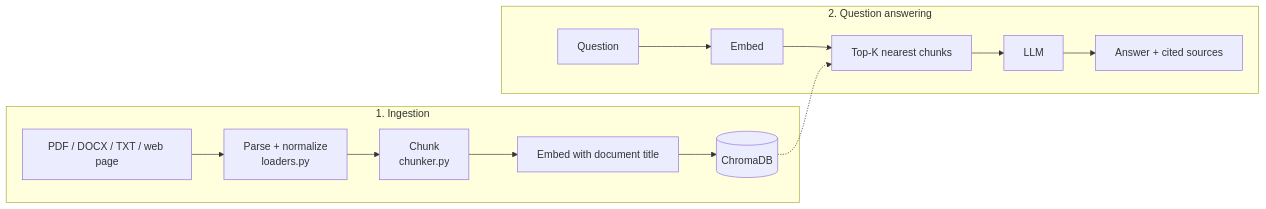
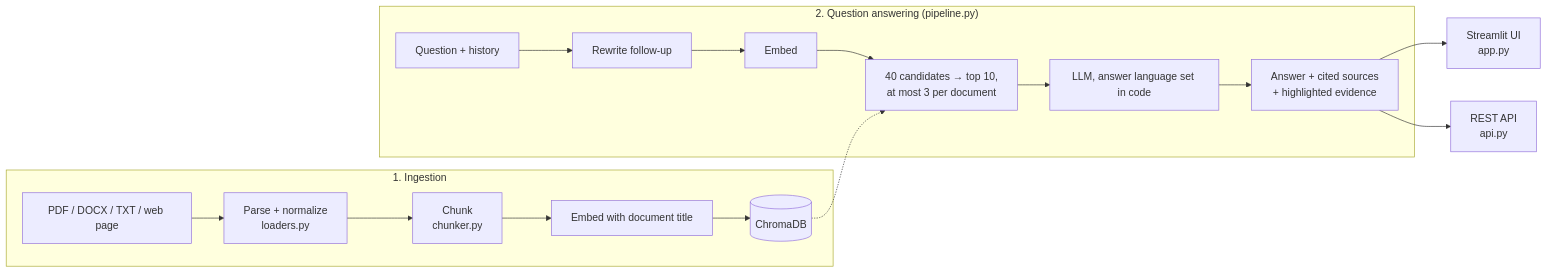
Before and after one commit to VuTien1311/document-qa-rag: the diagram in README.md, drawn with Mermaid. The commit also changed other lines of this file and 33 other files, not shown here.

First line of the commit message:
Verifiable sources, follow-up questions, evaluation page, REST API, Docker and CI

````diff
--- a/README.md
+++ b/README.md
@@ -21,16 +24,19 @@
 ```mermaid
 flowchart LR
     subgraph Ingest["1. Ingestion"]
         A[PDF / DOCX / TXT / web page] --> B[Parse + normalize<br/>loaders.py]
         B --> C[Chunk<br/>chunker.py]
         C --> D[Embed with document title]
         D --> E[(ChromaDB)]
     end
-    subgraph QA["2. Question answering"]
-        Q[Question] --> QE[Embed]
-        QE --> R[Top-K nearest chunks]
-        R --> L[LLM]
-        L --> ANS[Answer + cited sources]
+    subgraph QA["2. Question answering (pipeline.py)"]
+        Q[Question + history] --> RW[Rewrite follow-up]
+        RW --> QE[Embed]
+        QE --> R[40 candidates → top 10,<br/>at most 3 per document]
+        R --> L[LLM, answer language set in code]
+        L --> ANS[Answer + cited sources<br/>+ highlighted evidence]
     end
     E -.-> R
+    ANS --> UI[Streamlit UI<br/>app.py]
+    ANS --> API[REST API<br/>api.py]
 ```
````
